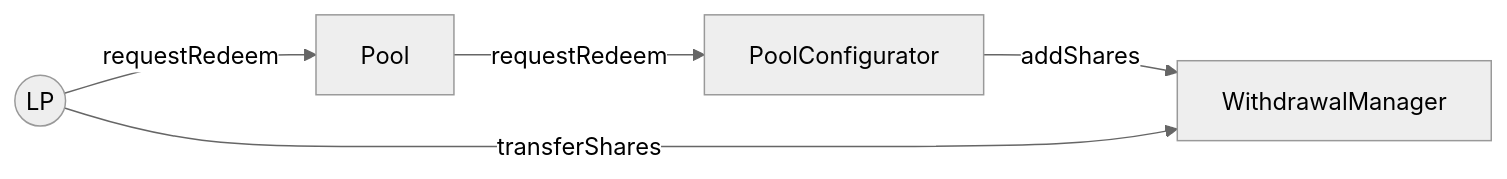
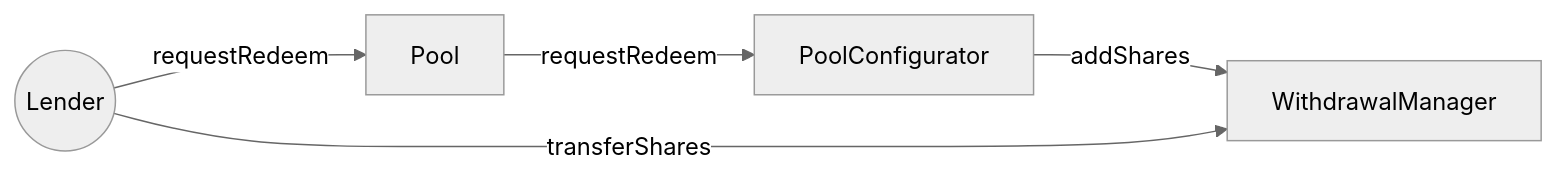
One commit to isle-labs/isle-docs changed the seventh of 10 diagrams in docs/contracts/diagrams.md. Above: the diagram before and after it, drawn with Mermaid (neutral theme).

Commit message:
fix lender requests redemption diagram label

````diff
--- a/docs/contracts/diagrams.md
+++ b/docs/contracts/diagrams.md
@@ -91,11 +91,11 @@
 ```mermaid
 flowchart LR
-  LP((LP))
+  LP((Lender))
   P[Pool]
   PC[PoolConfigurator]
   WM[WithdrawalManager]
   LP -- "requestRedeem" --> P
   P -- "requestRedeem" --> PC
   PC -- "addShares" --> WM
   LP -- "transferShares" --> WM
 ```
````
